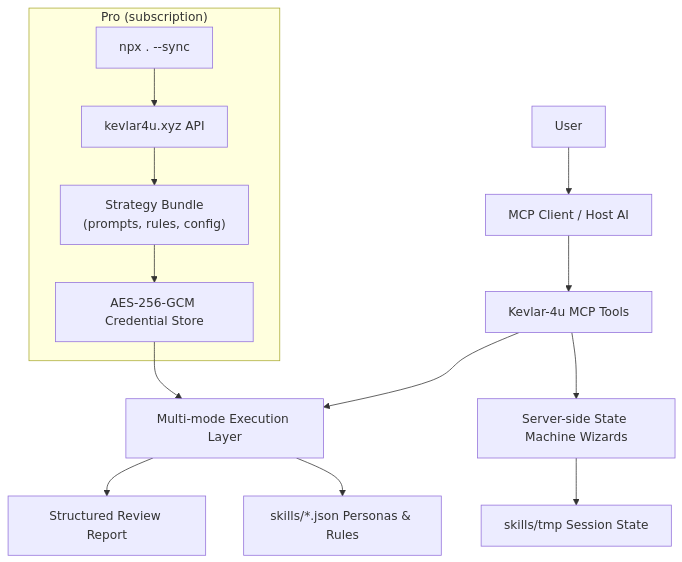
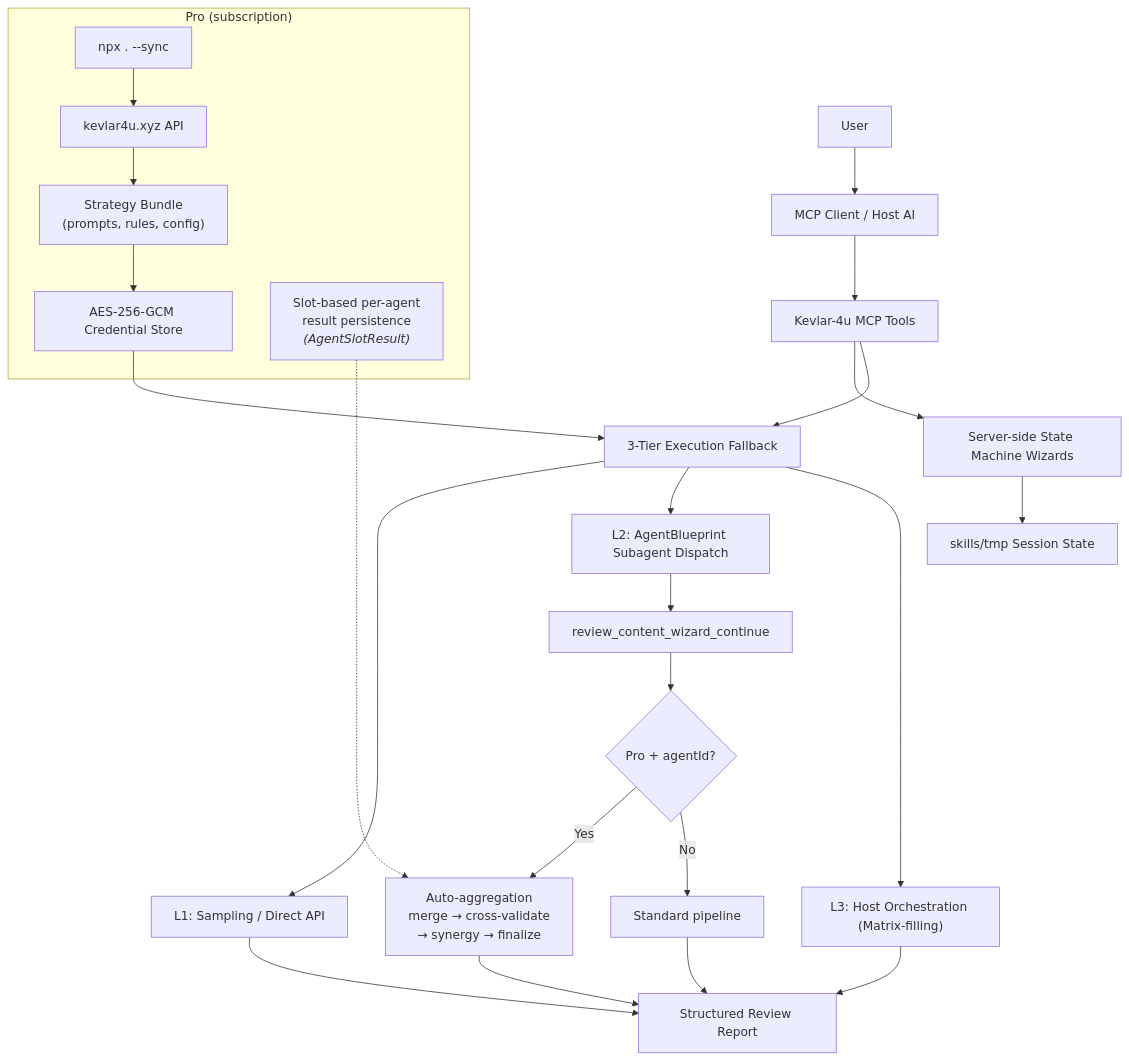
The third of 3 diagrams in README.md (ChurzeXo/kevlar-4u), drawn with Mermaid before and after one commit. The commit also changed other lines of this file and 21 other files, not shown here.

````diff
--- a/README.md
+++ b/README.md
@@ -343,19 +396,34 @@
 ```mermaid
 flowchart TD
   User["User"] --> Client["MCP Client / Host AI"]
   Client --> Tools["Kevlar-4u MCP Tools"]
+
   Tools --> Wizards["Server-side State Machine Wizards"]
-  Tools --> Execution["Multi-mode Execution Layer"]
   Wizards --> Tmp["skills/tmp Session State"]
-  Execution --> Personas["skills/*.json Personas & Rules"]
-  Execution --> Report["Structured Review Report"]
+
+  Tools --> Fallback["3-Tier Execution Fallback"]
+  Fallback --> L1["L1: Sampling / Direct API"]
+  Fallback --> L2["L2: AgentBlueprint Subagent Dispatch"]
+  Fallback --> L3["L3: Host Orchestration (Matrix-filling)"]
+
+  L2 --> Cont["review_content_wizard_continue"]
+  Cont --> Slot{Pro + agentId?}
+  Slot -->|Yes| Agg["Auto-aggregation<br/>merge → cross-validate<br/>→ synergy → finalize"]
+  Slot -->|No| Normal["Standard pipeline"]
+
+  Agg --> Report["Structured Review Report"]
+  Normal --> Report
+  L3 --> Report
+  L1 --> Report
 
   subgraph Pro["Pro (subscription)"]
     Sync["npx . --sync"]
     Server["kevlar4u.xyz API"]
     Bundle["Strategy Bundle<br/>(prompts, rules, config)"]
     Cred["AES-256-GCM Credential Store"]
+    SlotAgg["Slot-based per-agent<br/>result persistence<br/><i>(AgentSlotResult)</i>"]
   end
 
-  Sync --> Server --> Bundle --> Cred --> Execution
+  Sync --> Server --> Bundle --> Cred --> Fallback
+  SlotAgg -.-> Agg
 ```
````
